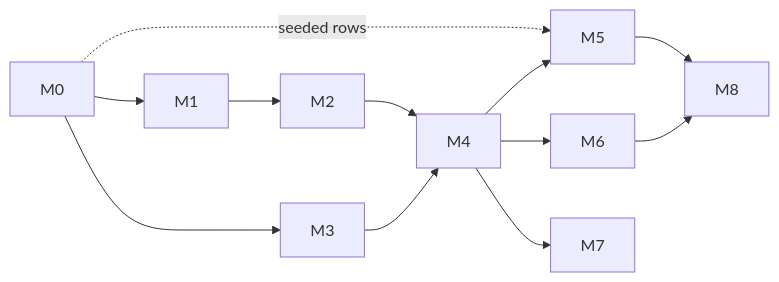
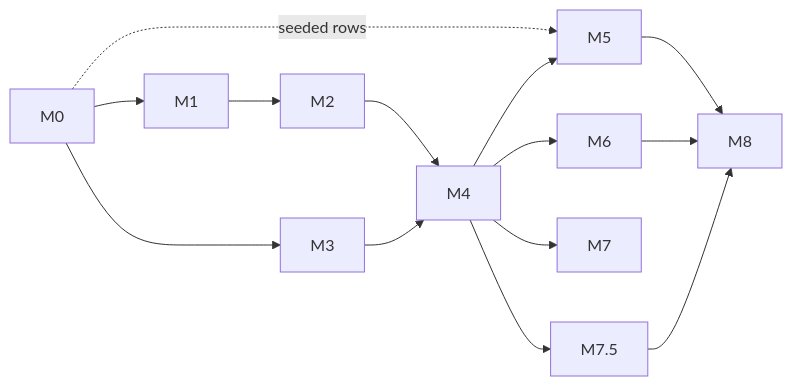
The diagram in docs/milestones.md (gustavowkayser/chessbox-informant), drawn with Mermaid before and after one commit. The commit also changed other lines of this file and 3 other files, not shown here.

````diff
--- a/docs/milestones.md
+++ b/docs/milestones.md
@@ -5,11 +5,13 @@
 ```mermaid
 flowchart LR
     M0 --> M1 --> M2 --> M4
     M0 --> M3 --> M4
     M0 -. seeded rows .-> M5
     M4 --> M5
     M4 --> M6
     M4 --> M7
+    M4 --> M7_5[M7.5]
     M5 --> M8
     M6 --> M8
+    M7_5 --> M8
 ```
````
